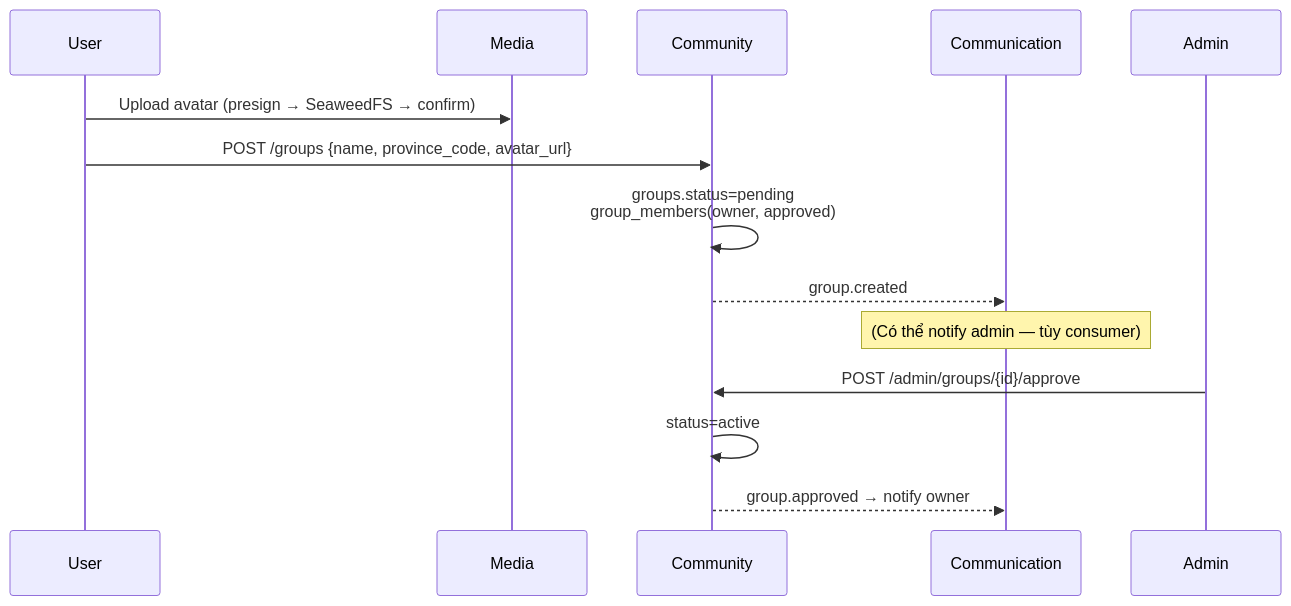
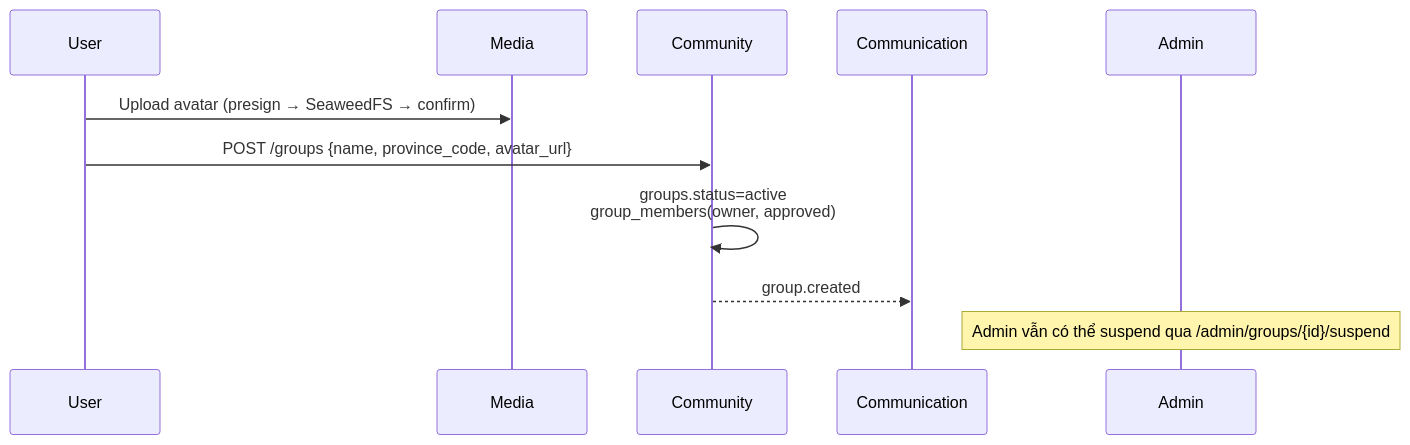
One commit to hieusoft/project4 changed the first of 2 diagrams in docs/services/community.md. Above: the diagram before and after it, drawn with Mermaid. The commit also changed other lines of this file and 3 other files, not shown here.

````diff
--- a/docs/services/community.md
+++ b/docs/services/community.md
@@ -96,17 +96,14 @@
 ```mermaid
 sequenceDiagram
     participant U as User
     participant M as Media
     participant CM as Community
     participant COM as Communication
     participant AD as Admin
 
     U->>M: Upload avatar (presign → SeaweedFS → confirm)
     U->>CM: POST /groups {name, province_code, avatar_url}
-    CM->>CM: groups.status=pending<br/>group_members(owner, approved)
+    CM->>CM: groups.status=active<br/>group_members(owner, approved)
     CM-->>COM: group.created
-    Note over COM: (Có thể notify admin — tùy consumer)
-    AD->>CM: POST /admin/groups/{id}/approve
-    CM->>CM: status=active
-    CM-->>COM: group.approved → notify owner
+    Note over AD: Admin vẫn có thể suspend qua /admin/groups/{id}/suspend
 ```
````
